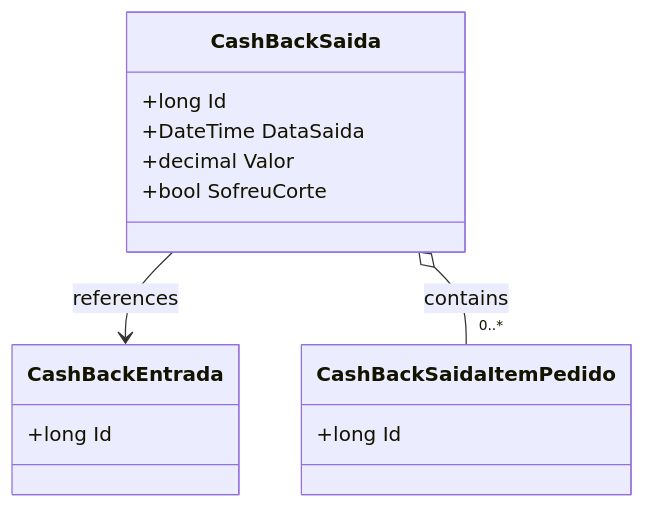
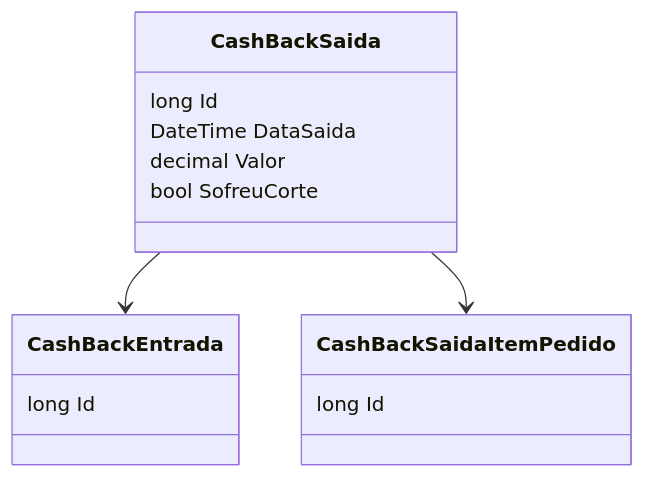
The diagram in docs/b2b-dominio/IsthmusWinthor.Nucleo/IsthmusWinthor.Dominio/Entidades/CashBackSaida.md (IsthmusSistemas/documentacao-tecnica), drawn with Mermaid before and after one commit. The commit also changed other lines of this file and 882 other files, not shown here.

````diff
--- a/docs/b2b-dominio/IsthmusWinthor.Nucleo/IsthmusWinthor.Dominio/Entidades/CashBackSaida.md
+++ b/docs/b2b-dominio/IsthmusWinthor.Nucleo/IsthmusWinthor.Dominio/Entidades/CashBackSaida.md
@@ -42,18 +26,20 @@
 ```mermaid
 classDiagram
     class CashBackSaida {
-        +long Id
-        +DateTime DataSaida
-        +decimal Valor
-        +bool SofreuCorte
-    }
-    class CashBackEntrada {
-        +long Id
-    }
-    class CashBackSaidaItemPedido {
-        +long Id
+        long Id
+        DateTime DataSaida
+        decimal Valor
+        bool SofreuCorte
     }
     
-    CashBackSaida --> CashBackEntrada : references
-    CashBackSaida o-- "0..*" CashBackSaidaItemPedido : contains
+    class CashBackEntrada {
+        long Id
+    }
+
+    class CashBackSaidaItemPedido {
+        long Id
+    }
+
+    CashBackSaida --> CashBackEntrada
+    CashBackSaida --> CashBackSaidaItemPedido
 ```
````
